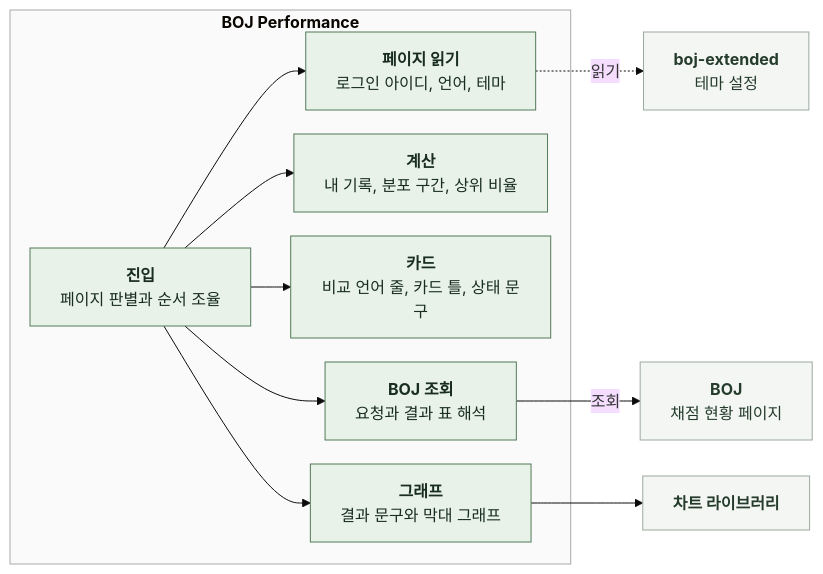
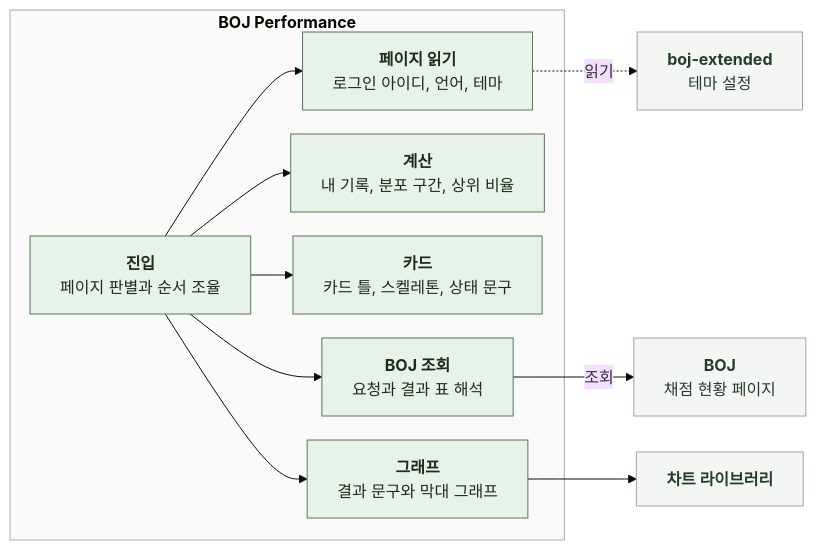
Before and after one commit to kangkyunghyun/boj-performance: the diagram in docs/spec/4-2-COMPONENT-ARCHITECTURE.md, drawn with Mermaid (base theme). The commit also changed other lines of this file and 27 other files, not shown here.

````diff
--- a/docs/spec/4-2-COMPONENT-ARCHITECTURE.md
+++ b/docs/spec/4-2-COMPONENT-ARCHITECTURE.md
@@ -9,36 +9,36 @@
 ```mermaid
 %%{init: {"flowchart": {"curve": "basis", "nodeSpacing": 24, "rankSpacing": 40}}}%%
 flowchart LR
     subgraph EXT["`**BOJ Performance**`"]
         E["`**진입**
 페이지 판별과 순서 조율`"]
         Q["`**BOJ 조회**
 요청과 결과 표 해석`"]
         C["`**계산**
 내 기록, 분포 구간, 상위 비율`"]
         K["`**카드**
-비교 언어 줄, 카드 틀, 상태 문구`"]
+카드 틀, 스켈레톤, 상태 문구`"]
         G["`**그래프**
 결과 문구와 막대 그래프`"]
         P["`**페이지 읽기**
 로그인 아이디, 언어, 테마`"]
     end
     B["`**BOJ**
 채점 현황 페이지`"]
     X["`**boj-extended**
 테마 설정`"]
     L["`**차트 라이브러리**`"]
     E --> P
     E --> Q
     E --> C
     E --> K
     E --> G
     G --> L
     Q -->|조회| B
     P -.->|읽기| X
     classDef comp fill:#E8F2E8,stroke:#527A59,color:#182D1D
     classDef ext fill:#F4F6F4,stroke:#9BA99E,color:#253C2C
     class E,Q,C,K,G,P comp
     class B,X,L ext
     style EXT fill:#FAFAFA,stroke:#AAAAAA
 ```
````
